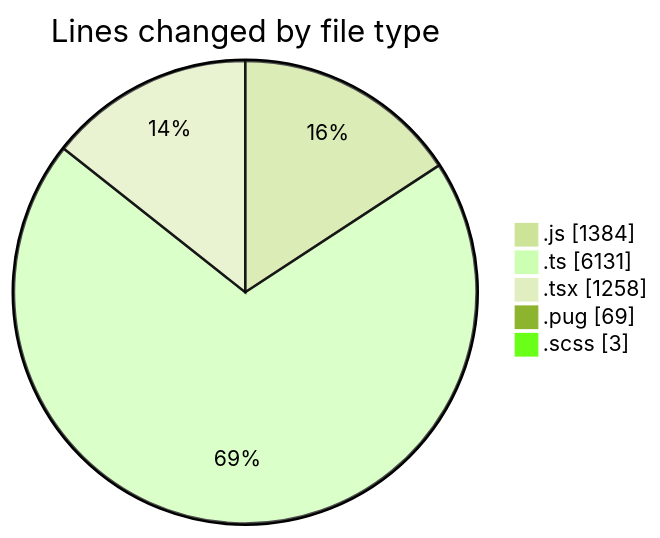
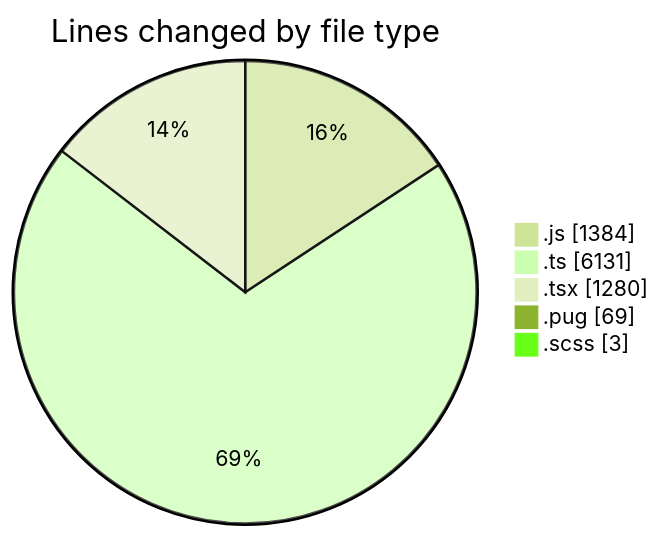
The first of 2 diagrams in 2025-03-25/cda/README.md (momahboobian/code-tracking), drawn with Mermaid (forest theme) before and after one commit. The commit also changed other lines of this file and 1 other file, not shown here.

````diff
--- a/2025-03-25/cda/README.md
+++ b/2025-03-25/cda/README.md
@@ -37,9 +37,9 @@
 ```mermaid
 pie showData
 title Lines changed by file type
 ".js" : 1384
 ".ts" : 6131
-".tsx" : 1258
+".tsx" : 1280
 ".pug" : 69
 ".scss" : 3
 ```
````
